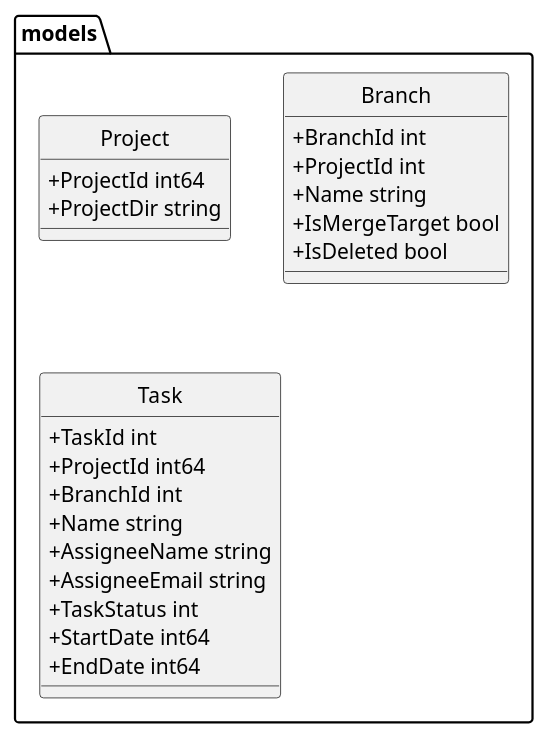
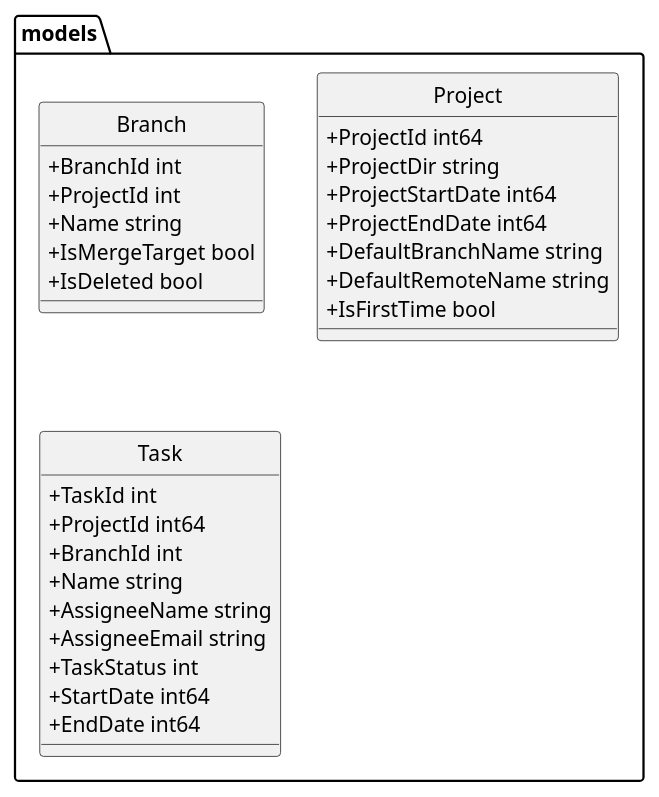
The diagram in docs/res/modules/models.pu (imdar1/GitMonitor), drawn with PlantUML before and after one commit. The commit also changed 18 other files, not shown here.

Commit message:
Update diagram

```diff
--- a/docs/res/modules/models.pu
+++ b/docs/res/modules/models.pu
@@ -1,36 +1,41 @@
 @startuml
 top to bottom direction
 skinparam classAttributeIconSize 0
 skinparam DefaultFontName Arial
 skinparam DefaultFontSize 14
 skinparam monochrome true
 hide circle
 
 namespace models {
-    class Project << (S,Aquamarine) >> {
-        + ProjectId int64
-        + ProjectDir string
-
-    }
     class Branch << (S,Aquamarine) >> {
         + BranchId int
         + ProjectId int
         + Name string
         + IsMergeTarget bool
         + IsDeleted bool
+
+    }
+    class Project << (S,Aquamarine) >> {
+        + ProjectId int64
+        + ProjectDir string
+        + ProjectStartDate int64
+        + ProjectEndDate int64
+        + DefaultBranchName string
+        + DefaultRemoteName string
+        + IsFirstTime bool
 
     }
     class Task << (S,Aquamarine) >> {
         + TaskId int
         + ProjectId int64
         + BranchId int
         + Name string
         + AssigneeName string
         + AssigneeEmail string
         + TaskStatus int
         + StartDate int64
         + EndDate int64
 
     }
 }
 @enduml
```
